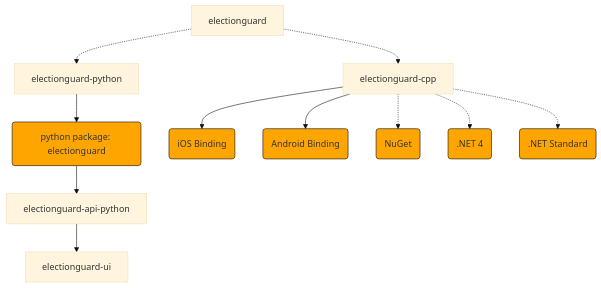
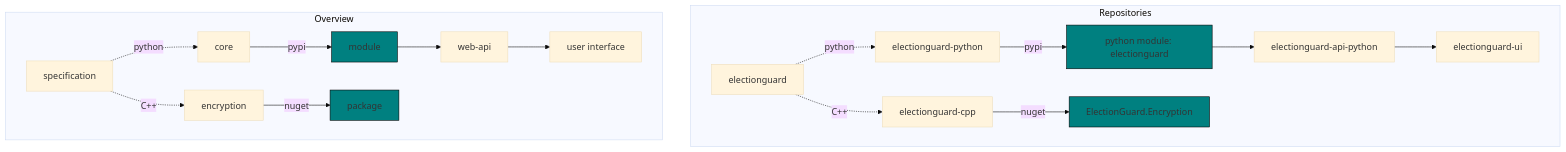
Before and after one commit to Election-Tech-Initiative/electionguard: the diagram in docs/develop/Architecture.md, drawn with Mermaid (base theme). The commit also changed other lines of this file and 2 other files, not shown here.

Commit message:
📝 Update Repository Links and Diagram

````diff
--- a/docs/develop/Architecture.md
+++ b/docs/develop/Architecture.md
@@ -14,16 +5,22 @@
 ```mermaid
-graph TD
-    electionguard -.-> electionguard-python
-    electionguard-python --> pypi
-    pypi(python package: electionguard):::package --> electionguard-api-python
-    electionguard-api-python --> electionguard-ui
+flowchart TD
+    subgraph "Repositories"
+    spec["electionguard"] -.-> |python|e-python["electionguard-python"];
+    spec["electionguard"] -.-> |C++|e-cpp["electionguard-cpp"];
+    pypi --> web-api["electionguard-api-python"];
+    e-python --> |pypi|pypi["python module: electionguard"]:::package;
+    web-api --> e-ui["electionguard-ui"];
+    e-cpp --> |nuget| nuget["ElectionGuard.Encryption"]:::package;
+    end
 
-    electionguard -.-> electionguard-cpp
-    electionguard-cpp --> ios(iOS Binding):::package
-    electionguard-cpp --> Android(Android Binding):::package
-    electionguard-cpp -.-> NuGet(NuGet):::package
-    electionguard-cpp -.-> Net4(.NET 4):::package
-    electionguard-cpp -.-> NetStandard(.NET Standard):::package
+    subgraph "Overview"
+    specification -.-> |python|python["core"];
+    specification -.-> |C++|cpp["encryption"];
+    python --> |pypi|module:::package
+    module --> api["web-api"];
+    api --> ui["user interface"];
+    cpp --> |nuget|package:::package
+    end
 
-    classDef package fill: orange, stroke: black;
+    classDef package fill: teal, stroke: black;
 ```
````
